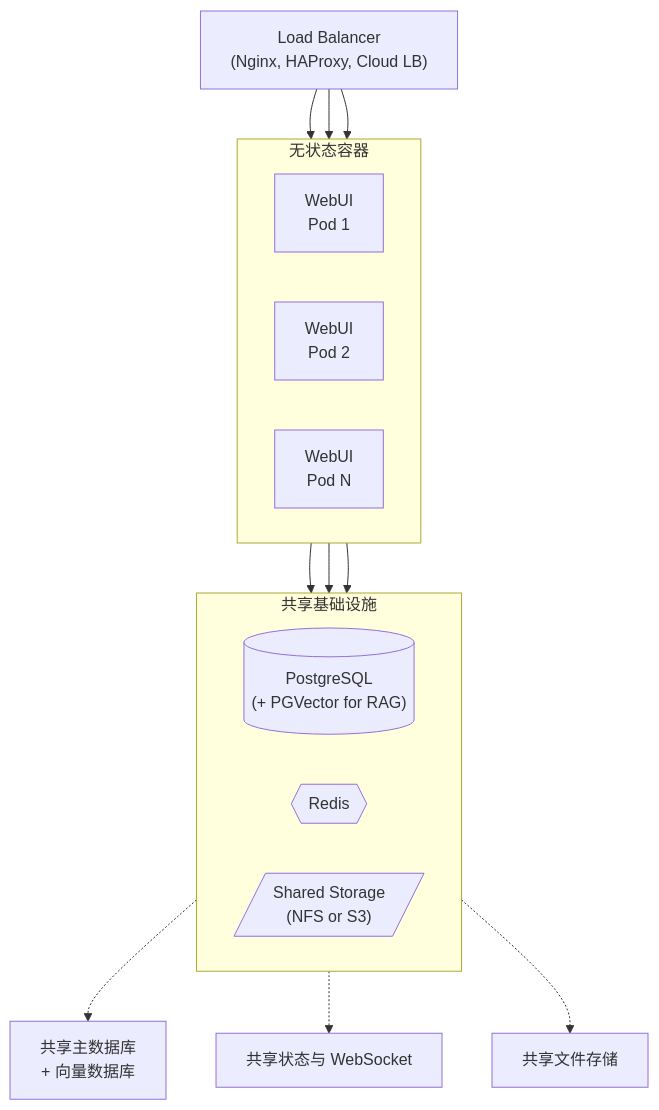
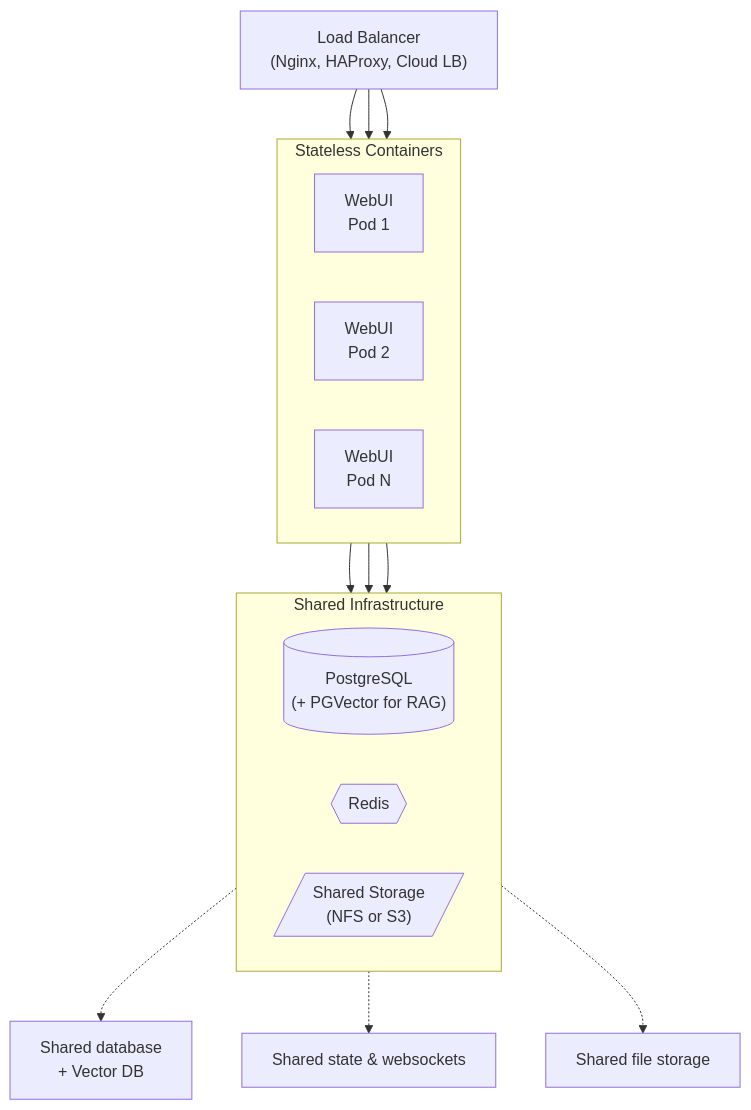
One commit to SMYQH/openwebuidocs changed the diagram in zh-cn/docs/getting-started/advanced-topics/scaling.md. Above: the diagram before and after it, drawn with Mermaid. The commit also changed other lines of this file and 88 other files, not shown here.

````diff
--- a/zh-cn/docs/getting-started/advanced-topics/scaling.md
+++ b/zh-cn/docs/getting-started/advanced-topics/scaling.md
@@ -424,37 +398,37 @@
 ``` mermaid
 flowchart TD
     %% Main Flow
     LB["Load Balancer<br/>(Nginx, HAProxy, Cloud LB)"]
 
-    subgraph Pods ["无状态容器"]
+    subgraph Pods ["Stateless Containers"]
         direction LR
         P1["WebUI<br/>Pod 1"]
         P2["WebUI<br/>Pod 2"]
         PN["WebUI<br/>Pod N"]
     end
 
-    subgraph Shared ["共享基础设施"]
+    subgraph Shared ["Shared Infrastructure"]
         direction LR
         DB[("PostgreSQL<br/>(+ PGVector for RAG)")]
         Redis{{"Redis"}}
         Storage[/"Shared Storage<br/>(NFS or S3)"/]
     end
 
     %% Annotations
-    DBNote["共享主数据库<br/>+ 向量数据库"]
-    RedisNote["共享状态与 WebSocket"]
-    StoreNote["共享文件存储"]
+    DBNote["Shared database<br/>+ Vector DB"]
+    RedisNote["Shared state & websockets"]
+    StoreNote["Shared file storage"]
 
     %% Connections
     LB --> P1
     LB --> P2
     LB --> PN
     P1 --> Shared
     P2 --> Shared
     PN --> Shared
 
     %% Alignment Links
     DB -.-> DBNote
     Redis -.-> RedisNote
     Storage -.-> StoreNote
 ```
````
